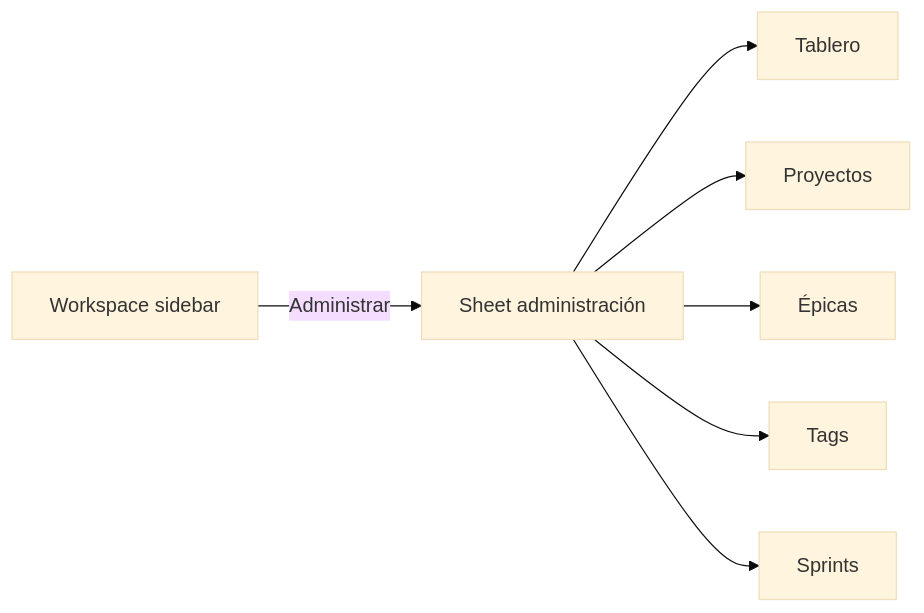
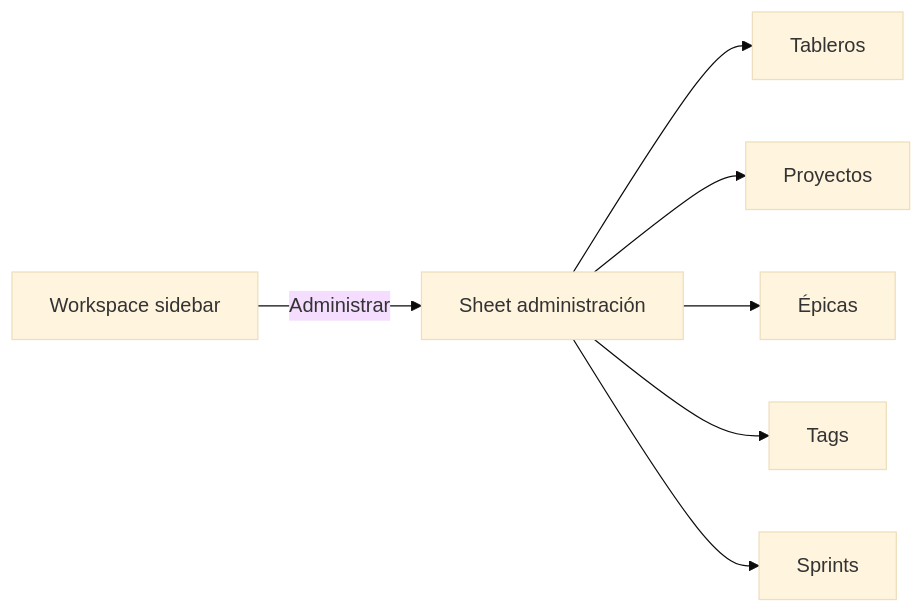
One commit to KuiperBelt-PRO/kanban.page changed the second of 2 diagrams in docs/specs/kuiper-workspace-admin.md. Above: the diagram before and after it, drawn with Mermaid (base theme). The commit also changed other lines of this file and 15 other files, not shown here.

````diff
--- a/docs/specs/kuiper-workspace-admin.md
+++ b/docs/specs/kuiper-workspace-admin.md
@@ -156,10 +156,10 @@
 ```mermaid
 flowchart LR
   Side[Workspace sidebar]
   Side -->|Administrar| Sheet[Sheet administración]
-  Sheet --> T1[Tablero]
+  Sheet --> T1[Tableros]
   Sheet --> T2[Proyectos]
   Sheet --> T3[Épicas]
   Sheet --> T4[Tags]
   Sheet --> T5[Sprints]
 ```
````
